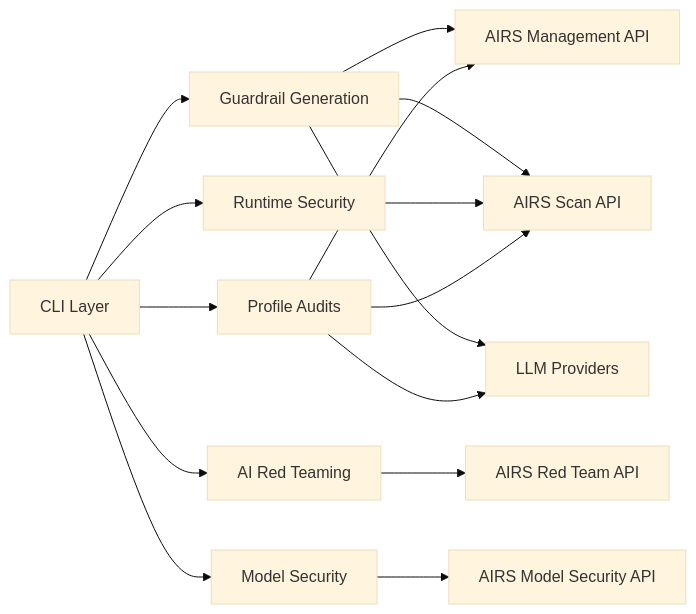
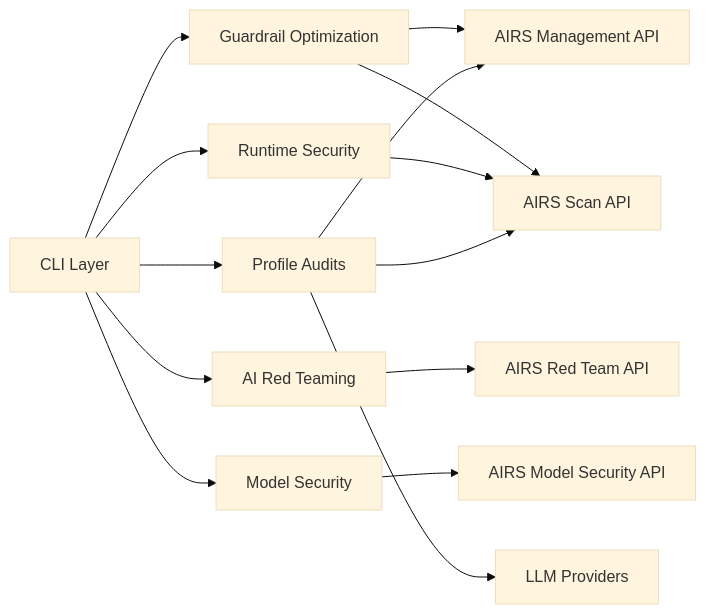
Before and after one commit to cdot65/prisma-airs-cli: the first of 3 diagrams in docs/architecture/overview.md, drawn with Mermaid (base theme). The commit also changed other lines of this file and 87 other files, not shown here.

````diff
--- a/docs/architecture/overview.md
+++ b/docs/architecture/overview.md
@@ -25,18 +23,17 @@
 ```mermaid
 graph LR
-    CLI[CLI Layer] --> GEN[Guardrail Generation]
+    CLI[CLI Layer] --> GEN[Guardrail Optimization]
     CLI --> RT[Runtime Security]
     CLI --> RED[AI Red Teaming]
     CLI --> MS[Model Security]
     CLI --> AUD[Profile Audits]
 
     GEN --> AIRS_MGMT[AIRS Management API]
     GEN --> AIRS_SCAN[AIRS Scan API]
-    GEN --> LLM[LLM Providers]
     RT --> AIRS_SCAN
     RED --> AIRS_RED[AIRS Red Team API]
     MS --> AIRS_MS[AIRS Model Security API]
     AUD --> AIRS_SCAN
     AUD --> AIRS_MGMT
-    AUD --> LLM
+    AUD --> LLM[LLM Providers]
 ```
````
